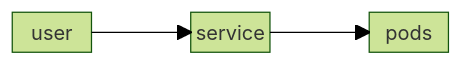
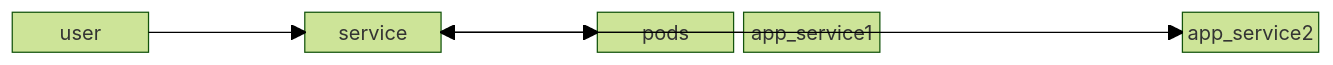
The diagram in README.md (P-Y-R-O-B-O-T/KUBERNETES), drawn with Mermaid (forest theme) before and after one commit.

````diff
--- a/README.md
+++ b/README.md
@@ -258,6 +258,9 @@
 ```mermaid
 block-beta
   user space service space pods
   user-->service
   service-->pods
+  app_service1 space service space app_service2
+  app_service1-->service
+  service-->app_service2
 ```
````
